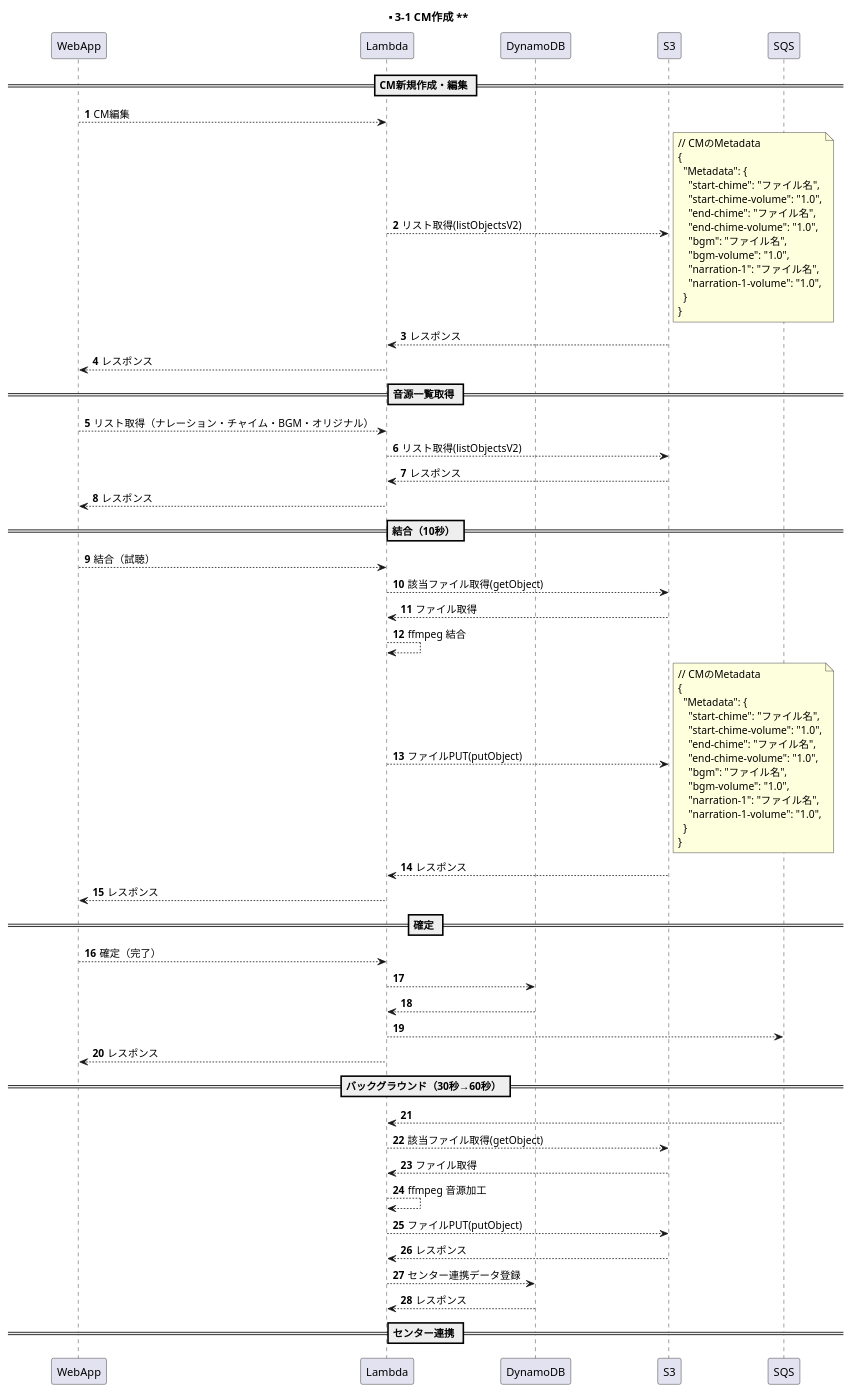
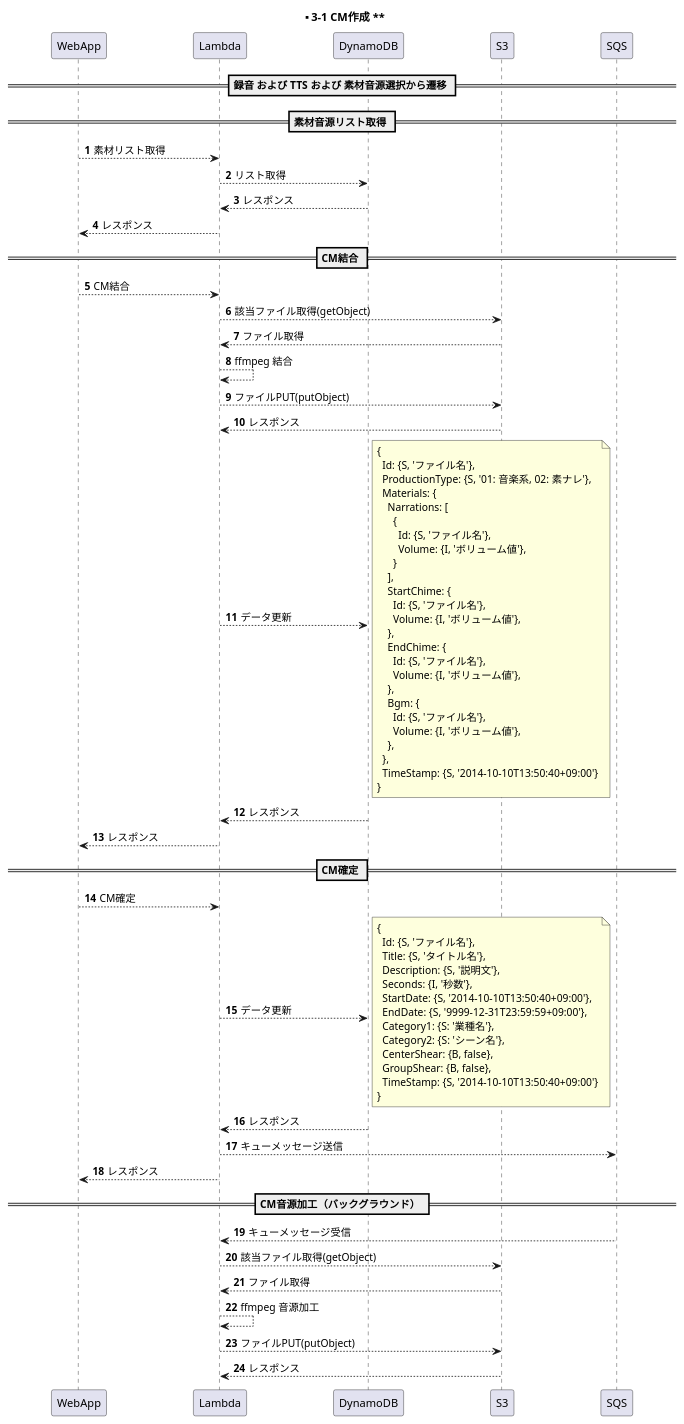
The diagram in documents/uml/s3-1.wsd (y-watanabe-usen/umesse-test), drawn with PlantUML before and after one commit. The commit also changed 5 other files, not shown here.

```diff
--- a/documents/uml/s3-1.wsd
+++ b/documents/uml/s3-1.wsd
@@ -1,85 +1,89 @@
 @startuml s3-1
 
 participant WebApp order 1
 participant Lambda order 2
 participant DynamoDB order 3
 participant S3 order 4
 participant SQS order 5
 skinparam ParticipantPadding 50
 autonumber
 
 title ** 3-1 CM作成 **
 
-== CM新規作成・編集 ==
-WebApp --> Lambda: CM編集
-Lambda --> S3: リスト取得(listObjectsV2)
-note right
-// CMのMetadata
-{
-  "Metadata": {
-    "start-chime": "ファイル名",
-    "start-chime-volume": "1.0",
-    "end-chime": "ファイル名",
-    "end-chime-volume": "1.0",
-    "bgm": "ファイル名",
-    "bgm-volume": "1.0",
-    "narration-1": "ファイル名",
-    "narration-1-volume": "1.0",
-  }
-}
-end note
-Lambda <-- S3: レスポンス
+== 録音 および TTS および 素材音源選択から遷移 ==
+
+== 素材音源リスト取得 ==
+WebApp --> Lambda: 素材リスト取得
+Lambda --> DynamoDB: リスト取得
+Lambda <-- DynamoDB: レスポンス
 WebApp <-- Lambda: レスポンス
 
-== 音源一覧取得 ==
-WebApp --> Lambda: リスト取得（ナレーション・チャイム・BGM・オリジナル）
-Lambda --> S3: リスト取得(listObjectsV2)
-Lambda <-- S3: レスポンス
-WebApp <-- Lambda: レスポンス
-
-== 結合（10秒） ==
-WebApp --> Lambda: 結合（試聴）
+== CM結合 ==
+WebApp --> Lambda: CM結合
 Lambda --> S3: 該当ファイル取得(getObject)
 Lambda <-- S3: ファイル取得
 Lambda --> Lambda: ffmpeg 結合
 Lambda --> S3: ファイルPUT(putObject)
+Lambda <-- S3: レスポンス
+Lambda --> DynamoDB: データ更新
 note right
-// CMのMetadata
 {
-  "Metadata": {
-    "start-chime": "ファイル名",
-    "start-chime-volume": "1.0",
-    "end-chime": "ファイル名",
-    "end-chime-volume": "1.0",
-    "bgm": "ファイル名",
-    "bgm-volume": "1.0",
-    "narration-1": "ファイル名",
-    "narration-1-volume": "1.0",
-  }
+  Id: {S, 'ファイル名'},
+  ProductionType: {S, '01: 音楽系, 02: 素ナレ'},
+  Materials: {
+    Narrations: [
+      {
+        Id: {S, 'ファイル名'},
+        Volume: {I, 'ボリューム値'},
+      }
+    ],
+    StartChime: {
+      Id: {S, 'ファイル名'},
+      Volume: {I, 'ボリューム値'},
+    },
+    EndChime: {
+      Id: {S, 'ファイル名'},
+      Volume: {I, 'ボリューム値'},
+    },
+    Bgm: {
+      Id: {S, 'ファイル名'},
+      Volume: {I, 'ボリューム値'},
+    },
+  },
+  TimeStamp: {S, '2014-10-10T13:50:40+09:00'}
 }
 end note
-Lambda <-- S3: レスポンス
+Lambda <-- DynamoDB: レスポンス
 WebApp <-- Lambda: レスポンス
 
-== 確定 ==
-WebApp --> Lambda: 確定（完了）
-Lambda --> DynamoDB
-Lambda <-- DynamoDB
-Lambda --> SQS
+== CM確定 ==
+WebApp --> Lambda: CM確定
+Lambda --> DynamoDB: データ更新
+note right
+{
+  Id: {S, 'ファイル名'},
+  Title: {S, 'タイトル名'},
+  Description: {S, '説明文'},
+  Seconds: {I, '秒数'},
+  StartDate: {S, '2014-10-10T13:50:40+09:00'},
+  EndDate: {S, '9999-12-31T23:59:59+09:00'},
+  Category1: {S: '業種名'},
+  Category2: {S: 'シーン名'},
+  CenterShear: {B, false},
+  GroupShear: {B, false},
+  TimeStamp: {S, '2014-10-10T13:50:40+09:00'}
+}
+end note
+Lambda <-- DynamoDB: レスポンス
+Lambda --> SQS: キューメッセージ送信
 WebApp <-- Lambda: レスポンス
 
-== バックグラウンド（30秒→60秒） ==
-Lambda <-- SQS
+== CM音源加工（バックグラウンド） ==
+Lambda <-- SQS: キューメッセージ受信
 Lambda --> S3: 該当ファイル取得(getObject)
 Lambda <-- S3: ファイル取得
 Lambda --> Lambda: ffmpeg 音源加工
 Lambda --> S3: ファイルPUT(putObject)
 Lambda <-- S3: レスポンス
-Lambda --> DynamoDB: センター連携データ登録
-Lambda <-- DynamoDB: レスポンス
-
-== センター連携 ==
-
-
 
 @enduml
```
